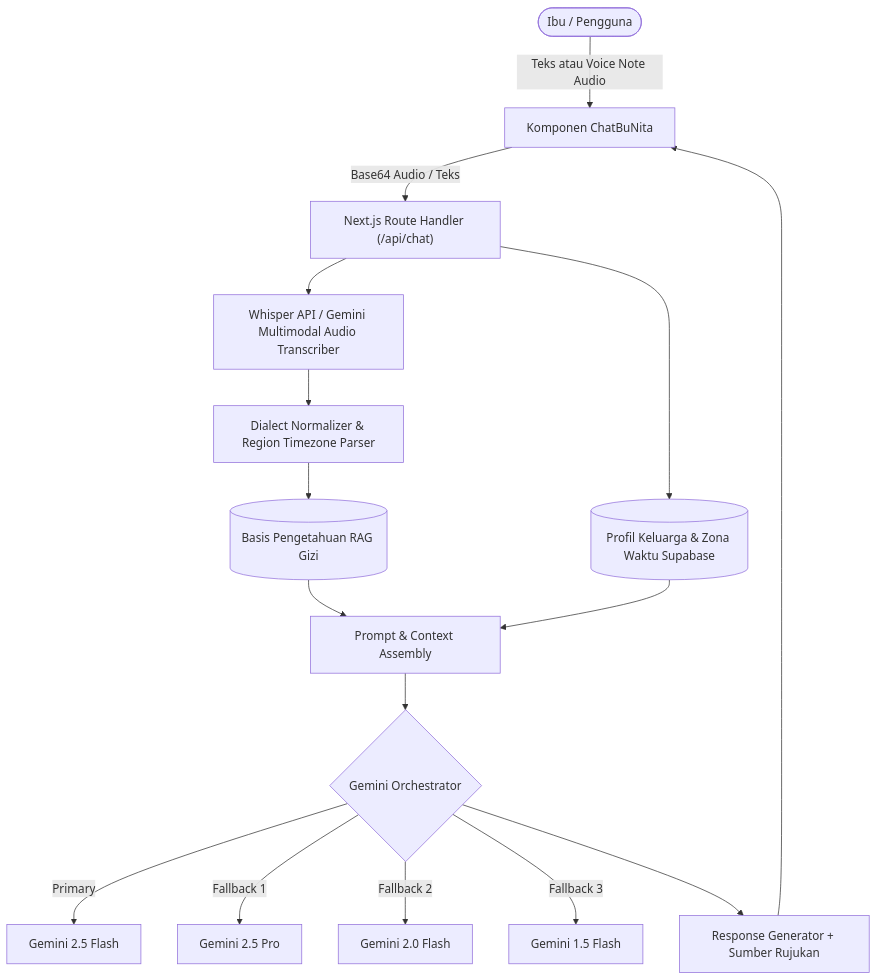
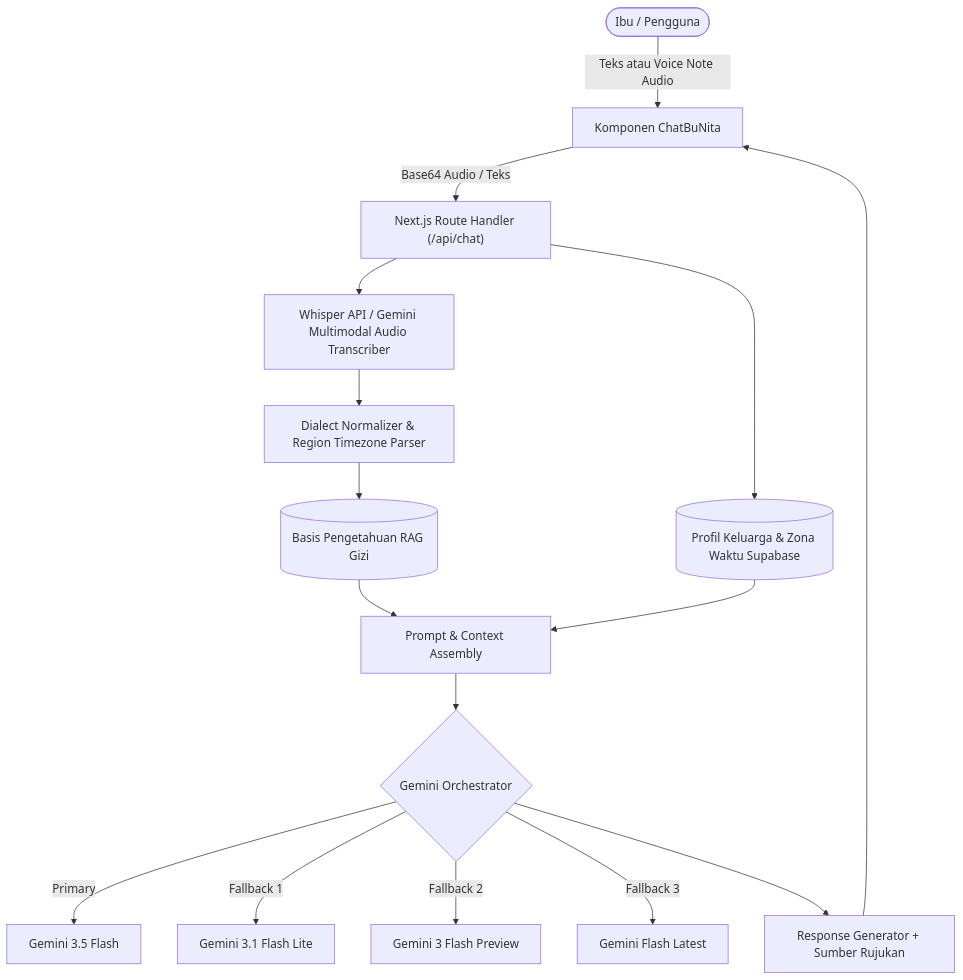
The diagram in docs/DOKUMENTASI_FITUR_AI.md (aulyaa12/Projek-Web-Panganita), drawn with Mermaid before and after one commit. The commit also changed other lines of this file and 2 other files, not shown here.

Commit message:
docs: align gemini model to 3.5 flash across documentation and schema

````diff
--- a/docs/DOKUMENTASI_FITUR_AI.md
+++ b/docs/DOKUMENTASI_FITUR_AI.md
@@ -28,18 +28,18 @@
 ```mermaid
 flowchart TD
     User([Ibu / Pengguna]) -->|Teks atau Voice Note Audio| UI[Komponen ChatBuNita]
     UI -->|Base64 Audio / Teks| API["Next.js Route Handler (/api/chat)"]
     API --> STT[Whisper API / Gemini Multimodal Audio Transcriber]
     STT --> DialectNormalizer[Dialect Normalizer & Region Timezone Parser]
     DialectNormalizer --> RAGStore[(Basis Pengetahuan RAG Gizi)]
     API --> DBContext[(Profil Keluarga & Zona Waktu Supabase)]
     RAGStore --> PromptEngine[Prompt & Context Assembly]
     DBContext --> PromptEngine
     PromptEngine --> LLMEngine{Gemini Orchestrator}
-    LLMEngine -->|Primary| G1[Gemini 2.5 Flash]
-    LLMEngine -->|Fallback 1| G2[Gemini 2.5 Pro]
-    LLMEngine -->|Fallback 2| G3[Gemini 2.0 Flash]
-    LLMEngine -->|Fallback 3| G4[Gemini 1.5 Flash]
+    LLMEngine -->|Primary| G1[Gemini 3.5 Flash]
+    LLMEngine -->|Fallback 1| G2[Gemini 3.1 Flash Lite]
+    LLMEngine -->|Fallback 2| G3[Gemini 3 Flash Preview]
+    LLMEngine -->|Fallback 3| G4[Gemini Flash Latest]
     LLMEngine --> ClientStream[Response Generator + Sumber Rujukan]
     ClientStream --> UI
 ```
````
